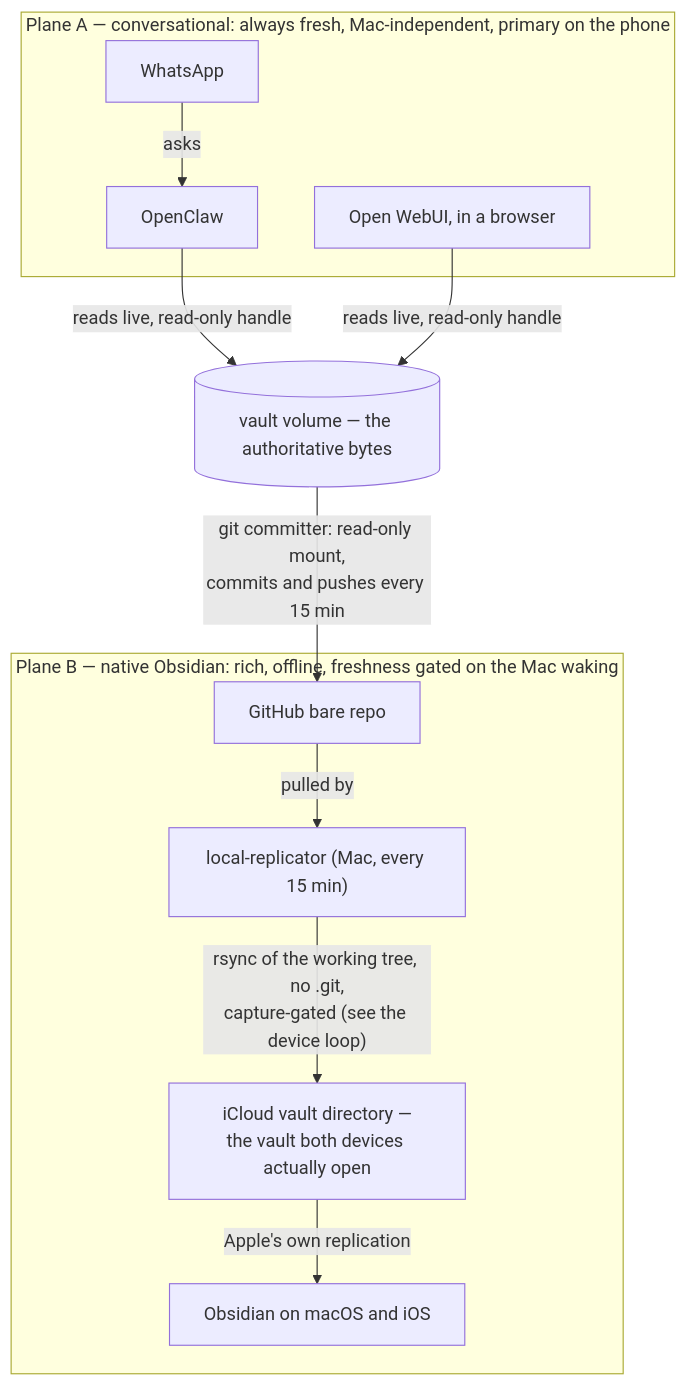
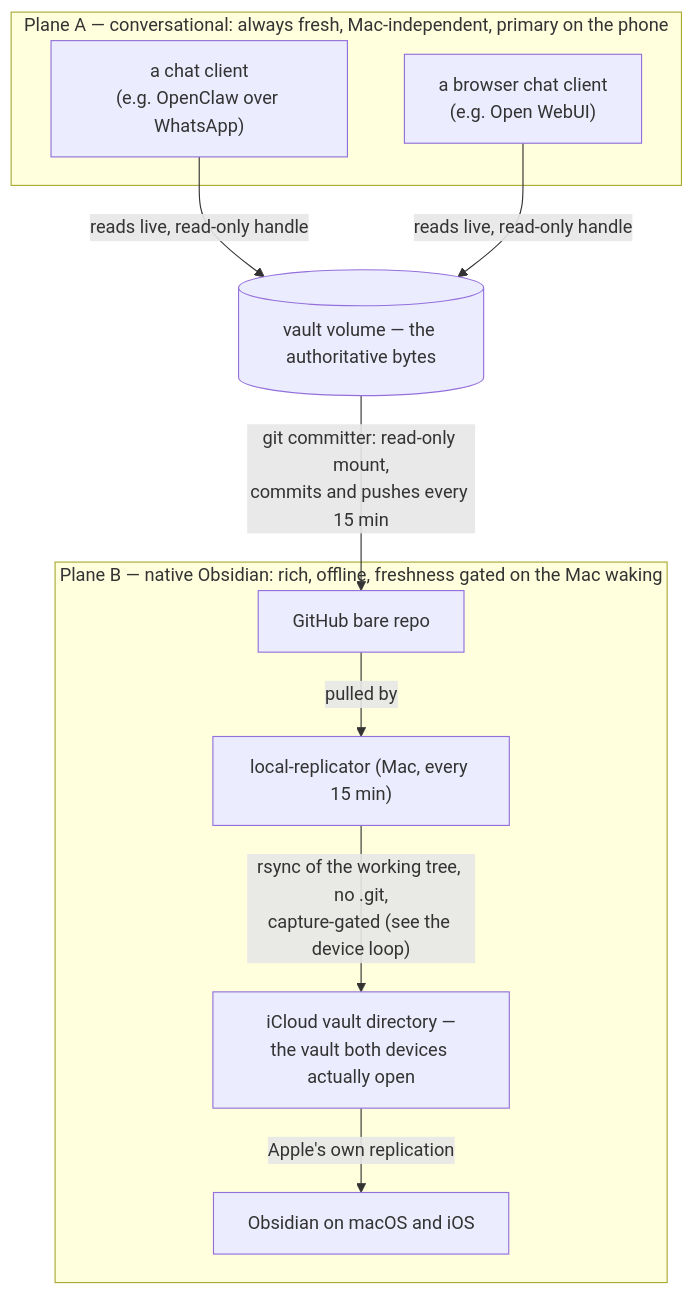
Before and after one commit to ppat/obsidian-tools: the third of 3 diagrams in DESIGN.md, drawn with Mermaid. The commit also changed other lines of this file and 13 other files, not shown here.

````diff
--- a/DESIGN.md
+++ b/DESIGN.md
@@ -404,16 +402,16 @@
 ```mermaid
 flowchart TB
     VOL[("vault volume — the authoritative bytes")]
     subgraph planeA["Plane A — conversational: always fresh, Mac-independent, primary on the phone"]
-        WA["WhatsApp"] -->|"asks"| OCr["OpenClaw"]
-        WEB["Open WebUI, in a browser"]
+        OCr["a chat client<br/>(e.g. OpenClaw over WhatsApp)"]
+        WEB["a browser chat client<br/>(e.g. Open WebUI)"]
     end
     OCr -->|"reads live, read-only handle"| VOL
     WEB -->|"reads live, read-only handle"| VOL
     VOL -->|"git committer: read-only mount,<br/>commits and pushes every 15 min"| GH["GitHub bare repo"]
     subgraph planeB["Plane B — native Obsidian: rich, offline, freshness gated on the Mac waking"]
         GH -->|"pulled by"| LRr["local-replicator (Mac, every 15 min)"]
         LRr -->|"rsync of the working tree, no .git,<br/>capture-gated (see the device loop)"| IC["iCloud vault directory —<br/>the vault both devices actually open"]
         IC -->|"Apple's own replication"| DEV["Obsidian on macOS and iOS"]
     end
 ```
````
